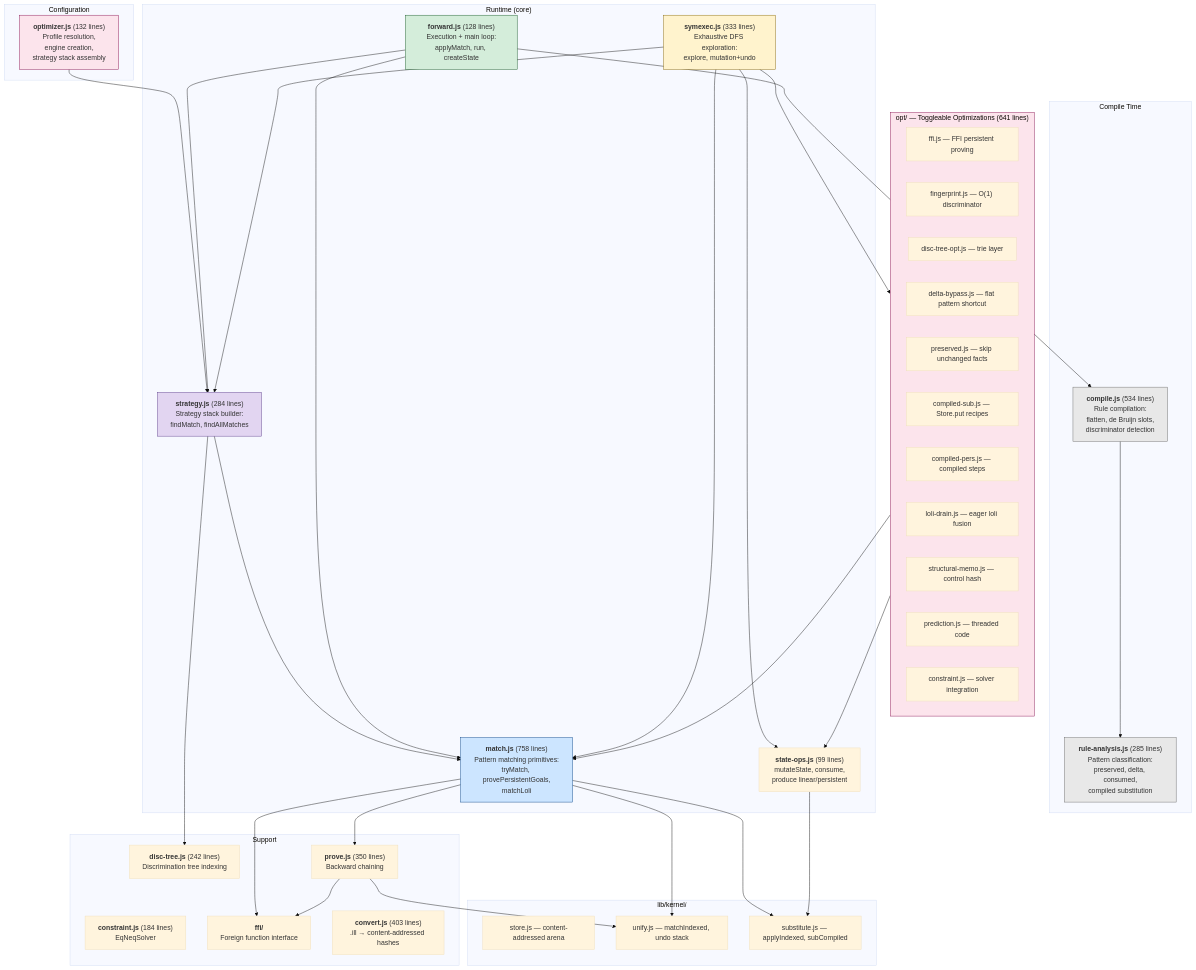
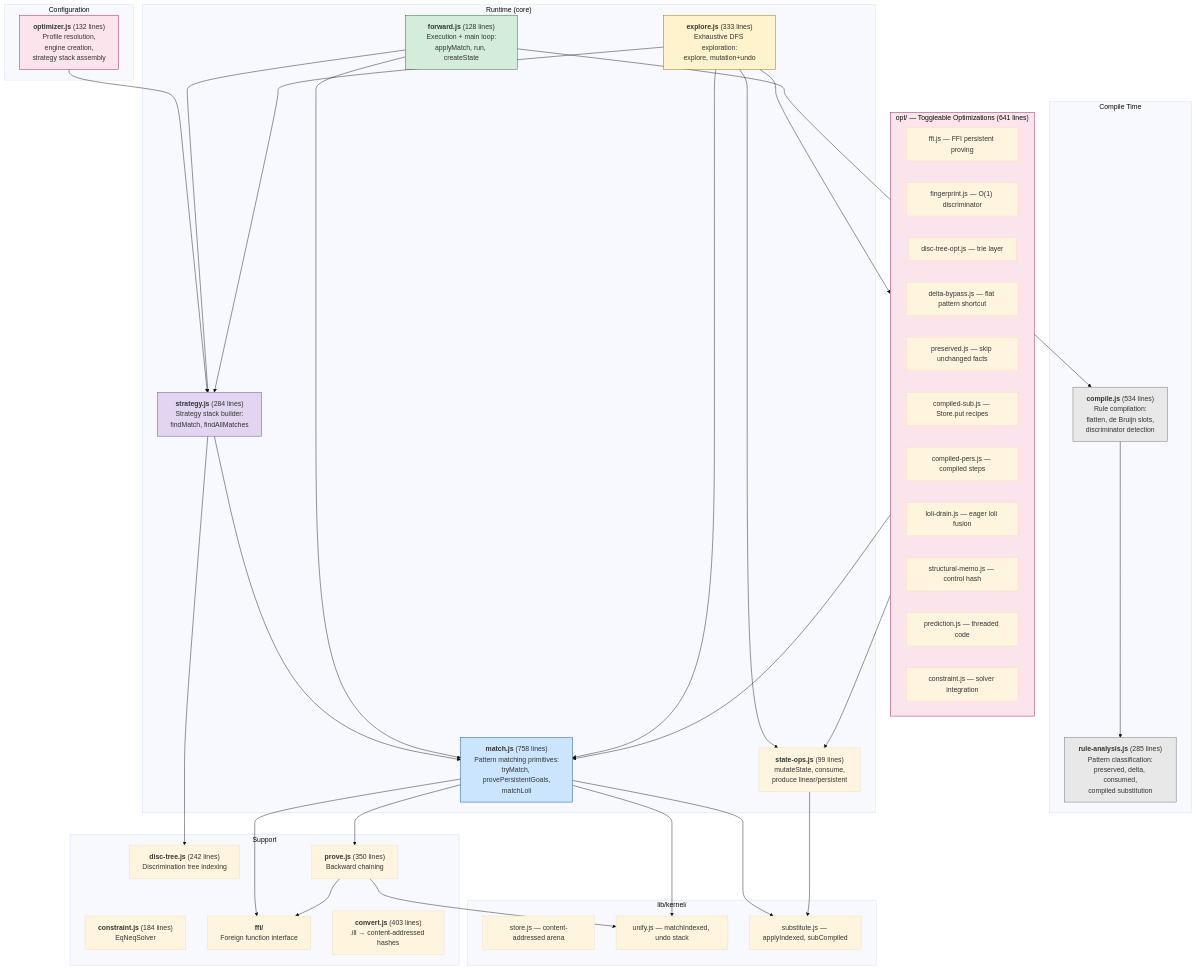
The first of 7 diagrams in doc/documentation/forward-chaining-engine.md (mhhf/calc), drawn with Mermaid (base theme) before and after one commit. The commit also changed other lines of this file and 10 other files, not shown here.

````diff
--- a/doc/documentation/forward-chaining-engine.md
+++ b/doc/documentation/forward-chaining-engine.md
@@ -15,77 +15,77 @@
 ```mermaid
 graph TB
     subgraph Compilation["Compile Time"]
         COMPILE["<b>compile.js</b> (534 lines)<br/>Rule compilation:<br/>flatten, de Bruijn slots,<br/>discriminator detection"]
         ANALYSIS["<b>rule-analysis.js</b> (285 lines)<br/>Pattern classification:<br/>preserved, delta, consumed,<br/>compiled substitution"]
     end
 
     subgraph Config["Configuration"]
         OPTIM["<b>optimizer.js</b> (132 lines)<br/>Profile resolution,<br/>engine creation,<br/>strategy stack assembly"]
     end
 
     subgraph Runtime["Runtime (core)"]
         MATCH["<b>match.js</b> (758 lines)<br/>Pattern matching primitives:<br/>tryMatch, provePersistentGoals,<br/>matchLoli"]
         STRATEGY["<b>strategy.js</b> (284 lines)<br/>Strategy stack builder:<br/>findMatch, findAllMatches"]
         STATEOPS["<b>state-ops.js</b> (99 lines)<br/>mutateState, consume,<br/>produce linear/persistent"]
         FORWARD["<b>forward.js</b> (128 lines)<br/>Execution + main loop:<br/>applyMatch, run, createState"]
-        SYMEXEC["<b>symexec.js</b> (333 lines)<br/>Exhaustive DFS exploration:<br/>explore, mutation+undo"]
+        SYMEXEC["<b>explore.js</b> (333 lines)<br/>Exhaustive DFS exploration:<br/>explore, mutation+undo"]
     end
 
     subgraph Opt["opt/ — Toggleable Optimizations (641 lines)"]
         OPT_FFI["ffi.js — FFI persistent proving"]
         OPT_FP["fingerprint.js — O(1) discriminator"]
         OPT_DT["disc-tree-opt.js — trie layer"]
         OPT_DELTA["delta-bypass.js — flat pattern shortcut"]
         OPT_PRES["preserved.js — skip unchanged facts"]
         OPT_CSUB["compiled-sub.js — Store.put recipes"]
         OPT_CPERS["compiled-pers.js — compiled steps"]
         OPT_LOLI["loli-drain.js — eager loli fusion"]
         OPT_MEMO["structural-memo.js — control hash"]
         OPT_PRED["prediction.js — threaded code"]
         OPT_CONS["constraint.js — solver integration"]
     end
 
     subgraph Support["Support"]
         DTREE["<b>disc-tree.js</b> (242 lines)<br/>Discrimination tree indexing"]
         CONSTR["<b>constraint.js</b> (184 lines)<br/>EqNeqSolver"]
         PROVE["<b>prove.js</b> (350 lines)<br/>Backward chaining"]
         FFI["<b>ffi/</b><br/>Foreign function interface"]
         CONVERT["<b>convert.js</b> (403 lines)<br/>.ill → content-addressed hashes"]
     end
 
     subgraph Kernel["lib/kernel/"]
         STORE["store.js — content-addressed arena"]
         UNIFY["unify.js — matchIndexed, undo stack"]
         SUBST["substitute.js — applyIndexed, subCompiled"]
     end
 
     OPTIM --> STRATEGY
     COMPILE --> ANALYSIS
     MATCH --> UNIFY
     MATCH --> SUBST
     MATCH --> PROVE
     MATCH --> FFI
     STRATEGY --> MATCH
     STRATEGY --> DTREE
     FORWARD --> STRATEGY
     FORWARD --> MATCH
     FORWARD --> COMPILE
     SYMEXEC --> STRATEGY
     SYMEXEC --> MATCH
     SYMEXEC --> STATEOPS
     SYMEXEC --> Opt
     STATEOPS --> SUBST
     Opt --> MATCH
     Opt --> STATEOPS
     PROVE --> FFI
     PROVE --> UNIFY
 
     style MATCH fill:#cce5ff,stroke:#004085
     style STRATEGY fill:#e2d5f1,stroke:#5a3d8a
     style FORWARD fill:#d4edda,stroke:#155724
     style SYMEXEC fill:#fff3cd,stroke:#856404
     style COMPILE fill:#e8e8e8,stroke:#666
     style ANALYSIS fill:#e8e8e8,stroke:#666
     style OPTIM fill:#fce4ec,stroke:#880e4f
     style Opt fill:#fce4ec,stroke:#880e4f
 ```
````
